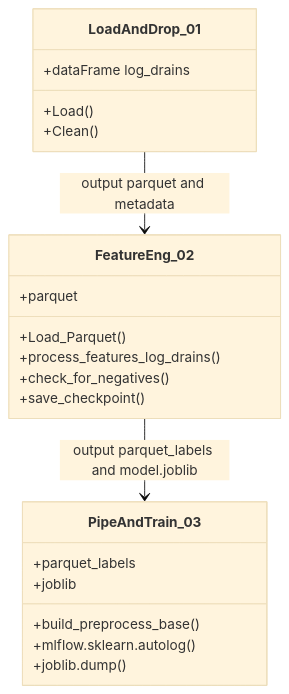
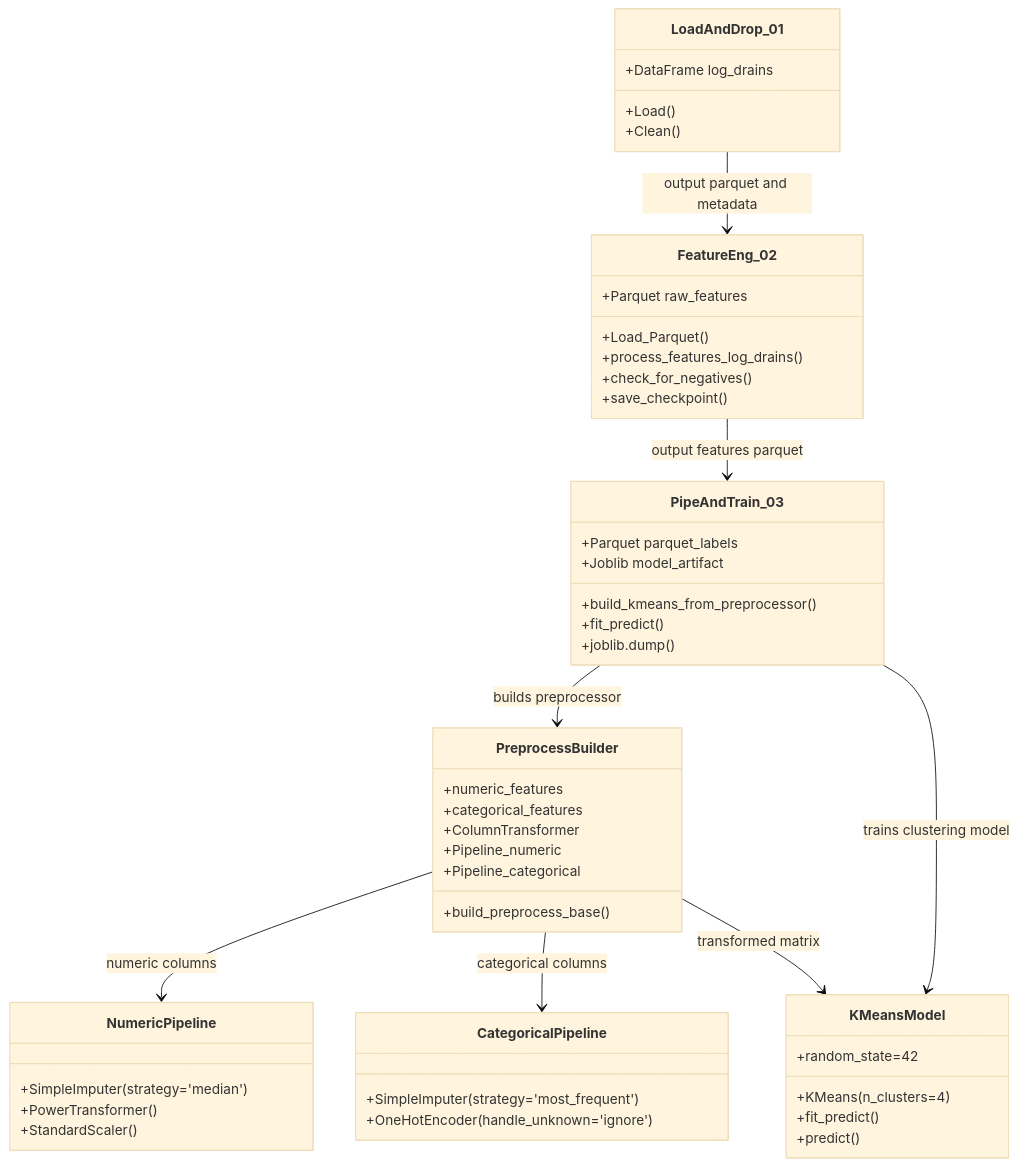
One commit to Groltjor/LogHound changed the diagram in src/utils/build/README.MD. Above: the diagram before and after it, drawn with Mermaid (base theme).

Commit message:
Update del Proceso de Train

````diff
--- a/src/utils/build/README.MD
+++ b/src/utils/build/README.MD
@@ -3,27 +3,59 @@
 ```mermaid
 classDiagram
     class LoadAndDrop_01 {
-        +dataFrame log_drains
+        +DataFrame log_drains
         +Load()
         +Clean()
     }
 
     class FeatureEng_02 {
-        +parquet
+        +Parquet raw_features
         +Load_Parquet()
         +process_features_log_drains()
         +check_for_negatives()
         +save_checkpoint()
     }
 
     class PipeAndTrain_03 {
-        +parquet_labels
-        +joblib
-        +build_preprocess_base()
-        +mlflow.sklearn.autolog()
+        +Parquet parquet_labels
+        +Joblib model_artifact
+        +build_kmeans_from_preprocessor()
+        +fit_predict()
         +joblib.dump()
     }
 
+    class PreprocessBuilder {
+        +numeric_features
+        +categorical_features
+        +build_preprocess_base()
+        +ColumnTransformer
+        +Pipeline_numeric
+        +Pipeline_categorical
+    }
+
+    class NumericPipeline {
+        +SimpleImputer(strategy='median')
+        +PowerTransformer()
+        +StandardScaler()
+    }
+
+    class CategoricalPipeline {
+        +SimpleImputer(strategy='most_frequent')
+        +OneHotEncoder(handle_unknown='ignore')
+    }
+
+    class KMeansModel {
+        +KMeans(n_clusters=4)
+        +random_state=42
+        +fit_predict()
+        +predict()
+    }
+
     LoadAndDrop_01 --> FeatureEng_02 : output parquet and metadata
-    FeatureEng_02 --> PipeAndTrain_03 : output parquet_labels and model.joblib
+    FeatureEng_02 --> PipeAndTrain_03 : output features parquet
+    PipeAndTrain_03 --> PreprocessBuilder : builds preprocessor
+    PreprocessBuilder --> NumericPipeline : numeric columns
+    PreprocessBuilder --> CategoricalPipeline : categorical columns
+    PipeAndTrain_03 --> KMeansModel : trains clustering model
+    PreprocessBuilder --> KMeansModel : transformed matrix
 ```
````
